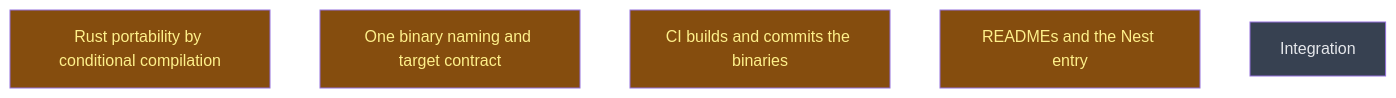
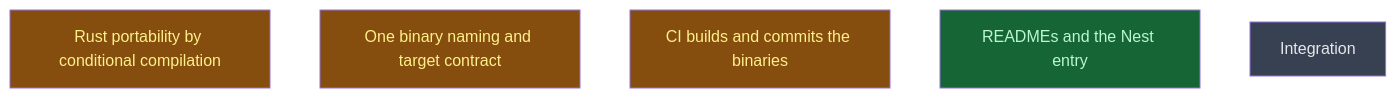
Before and after one commit to CrackingShells/Murmuration: the diagram in __roadmap__/claude_code_release/next/README.md, drawn with Mermaid. The commit also changed other lines of this file and 1 other file, not shown here.

Commit message:
docs(roadmap): readme_and_nest_prep done; checker findings and the Nest branch recorded

````diff
--- a/__roadmap__/claude_code_release/next/README.md
+++ b/__roadmap__/claude_code_release/next/README.md
@@ -17,13 +17,13 @@
 ```mermaid
 graph TD
     rust_portability[Rust portability by conditional compilation]:::inprogress
     targets_contract[One binary naming and target contract]:::inprogress
     ci_workflow[CI builds and commits the binaries]:::inprogress
-    readme_and_nest_prep[READMEs and the Nest entry]:::inprogress
+    readme_and_nest_prep[READMEs and the Nest entry]:::done
     next[Integration]:::planned
     classDef done       fill:#166534,color:#bbf7d0
     classDef inprogress fill:#854d0e,color:#fef08a
     classDef planned    fill:#374151,color:#e5e7eb
     classDef amendment  fill:#1e3a5f,color:#bfdbfe
     classDef blocked    fill:#7f1d1d,color:#fecaca
 ```
````
